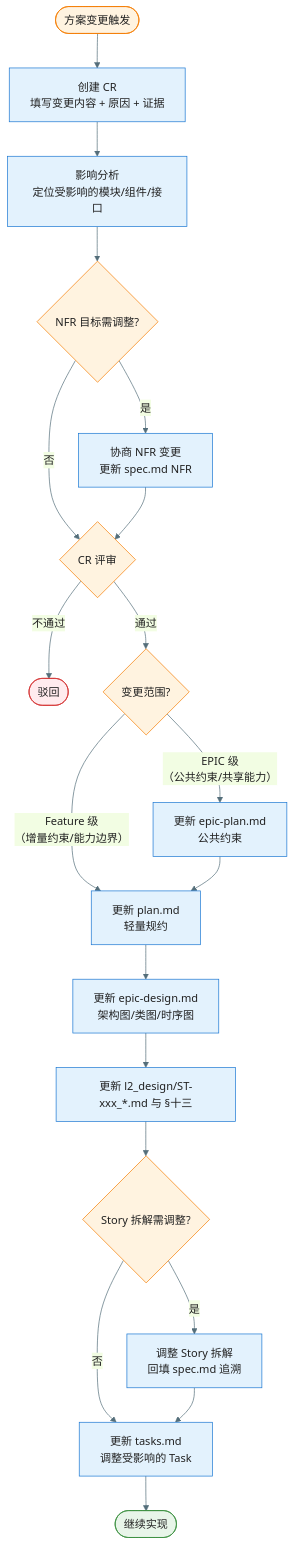
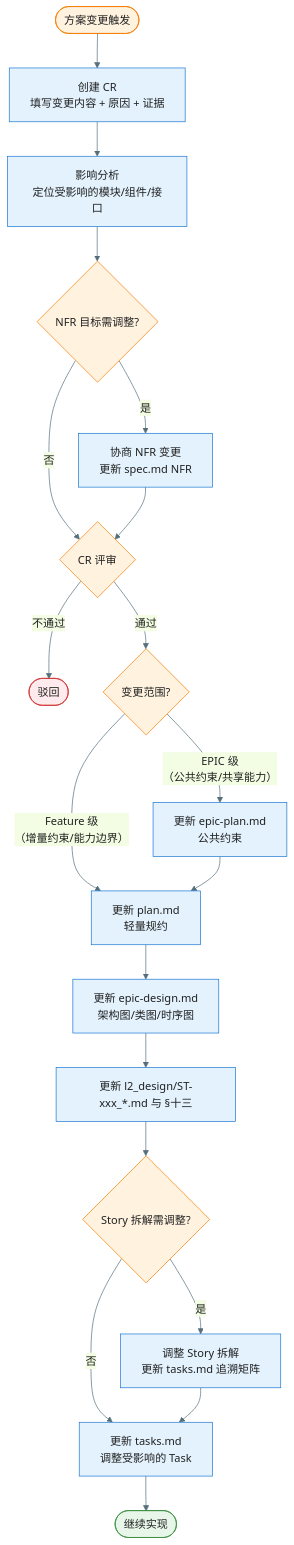
The fifth of 8 diagrams in docs/workflow-overview.md (jackykarma/Verity), drawn with Mermaid before and after one commit. The commit also changed other lines of this file and 32 other files, not shown here.

````diff
--- a/docs/workflow-overview.md
+++ b/docs/workflow-overview.md
@@ -273,30 +273,30 @@
 ```mermaid
 %%{init: {'theme': 'base', 'themeVariables': { 'primaryColor': '#E3F2FD', 'primaryTextColor': '#212121', 'primaryBorderColor': '#1976D2', 'lineColor': '#546E7A'}}}%%
 flowchart TD
     Trigger([方案变更触发]) --> CreateCR["创建 CR<br/>填写变更内容 + 原因 + 证据"]
     CreateCR --> Impact["影响分析<br/>定位受影响的模块/组件/接口"]
     Impact --> CheckNFR{NFR 目标需调整?}
     CheckNFR -->|是| NegotiateNFR["协商 NFR 变更<br/>更新 spec.md NFR"]
     CheckNFR -->|否| Review{CR 评审}
     NegotiateNFR --> Review
     Review -->|不通过| Reject([驳回])
     Review -->|通过| Scope{变更范围?}
     Scope -->|"EPIC 级<br/>（公共约束/共享能力）"| UpdateEpicPlan["更新 epic-plan.md<br/>公共约束"]
     Scope -->|"Feature 级<br/>（增量约束/能力边界）"| UpdatePlan["更新 plan.md<br/>轻量规约"]
     UpdateEpicPlan --> UpdatePlan
     UpdatePlan --> UpdateDesign["更新 epic-design.md<br/>架构图/类图/时序图"]
     UpdateDesign --> UpdateL2["更新 l2_design/ST-xxx_*.md 与 §十三"]
     UpdateL2 --> CheckStory{Story 拆解需调整?}
-    CheckStory -->|是| UpdateStory["调整 Story 拆解<br/>回填 spec.md 追溯"]
+    CheckStory -->|是| UpdateStory["调整 Story 拆解<br/>更新 tasks.md 追溯矩阵"]
     CheckStory -->|否| UpdateTasks["更新 tasks.md<br/>调整受影响的 Task"]
     UpdateStory --> UpdateTasks
     UpdateTasks --> Continue([继续实现])
 
     style Trigger fill:#FFF3E0,stroke:#F57C00
     style Reject fill:#FFEBEE,stroke:#D32F2F
     style Continue fill:#E8F5E9,stroke:#388E3C
     style Review fill:#FFF3E0,stroke:#F57C00
     style CheckNFR fill:#FFF3E0,stroke:#F57C00
     style Scope fill:#FFF3E0,stroke:#F57C00
     style CheckStory fill:#FFF3E0,stroke:#F57C00
 ```
````
